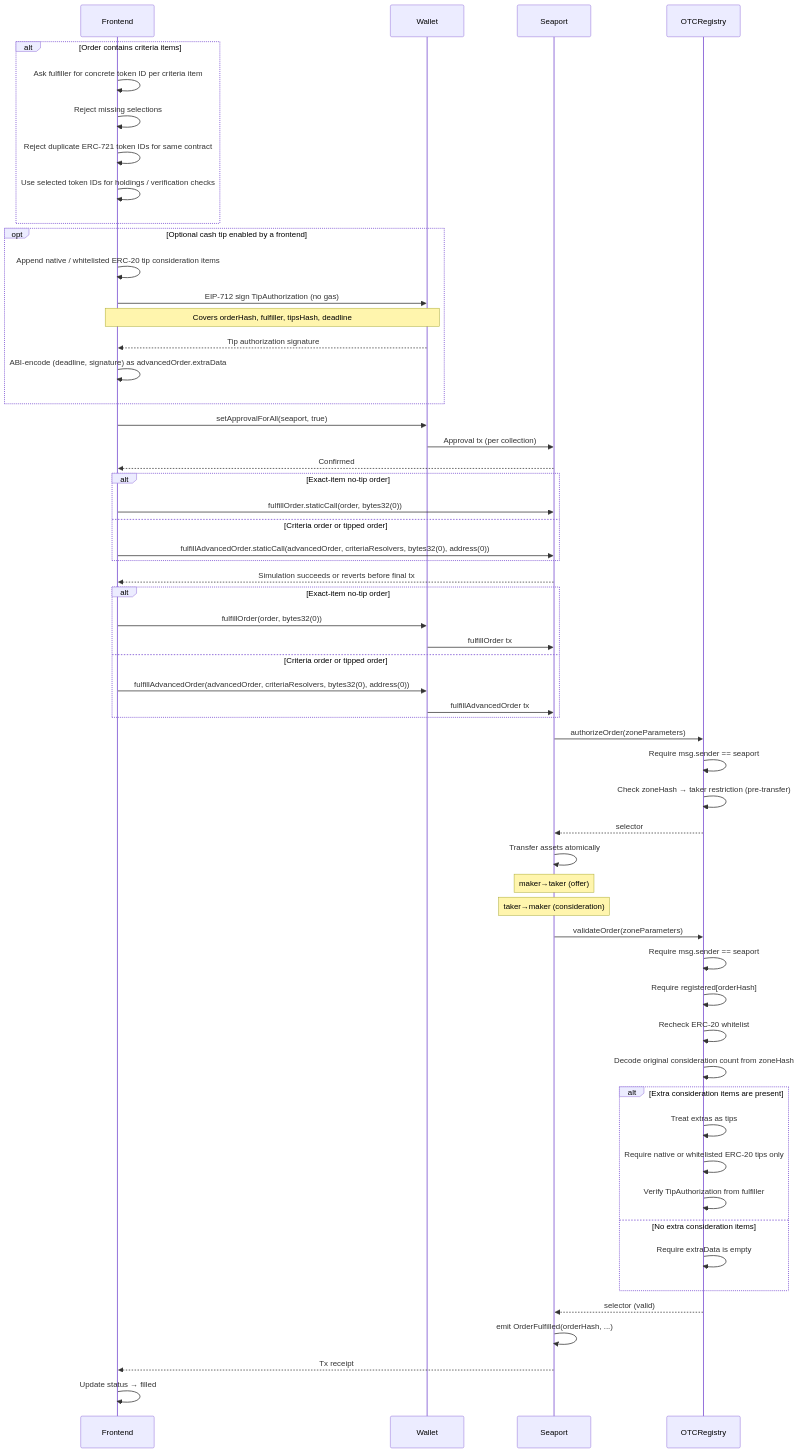
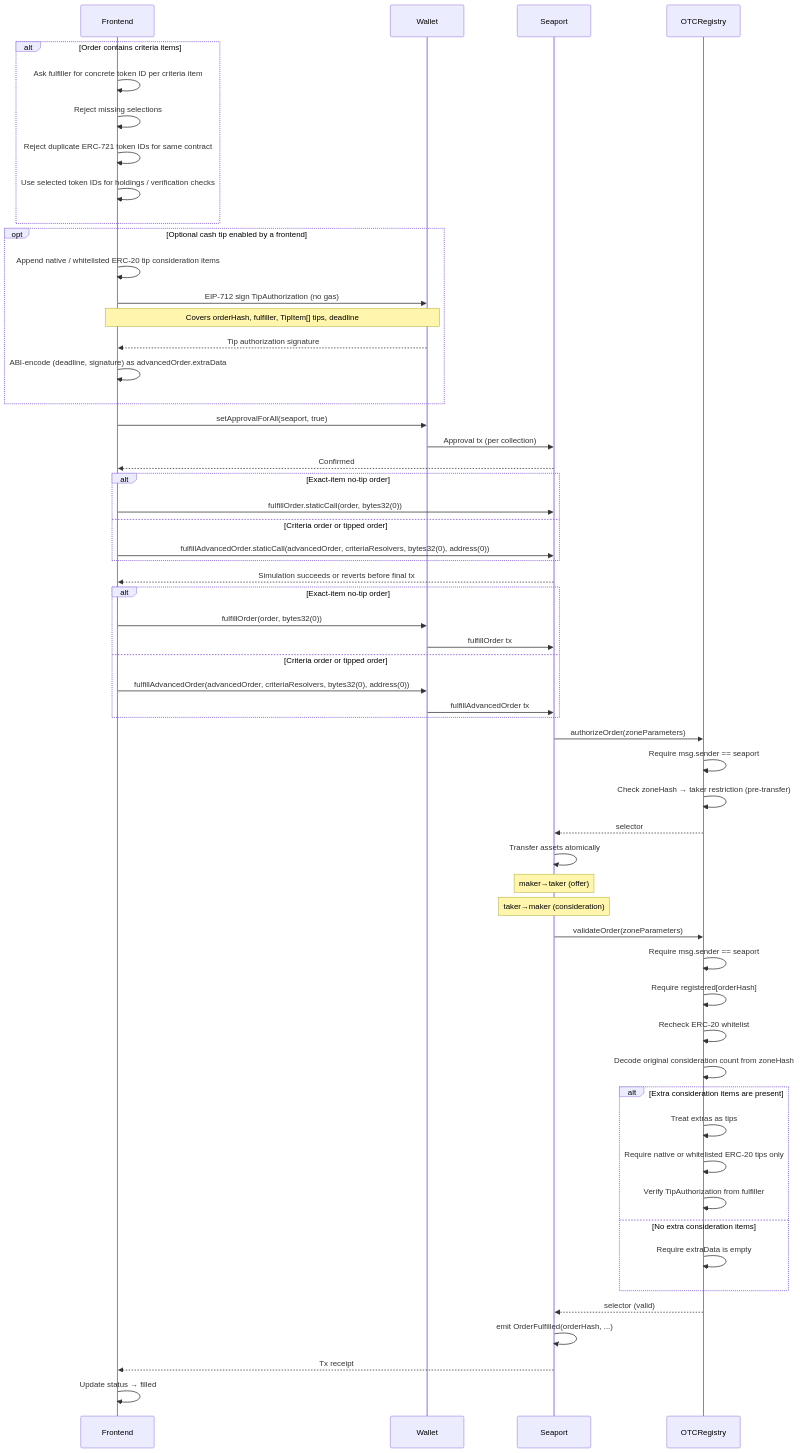
Before and after one commit to shukudaidayo/ocarina-trade: the third of 5 diagrams in docs/flows.md, drawn with Mermaid. The commit also changed 7 other files, not shown here.

````diff
--- a/docs/flows.md
+++ b/docs/flows.md
@@ -92,69 +92,69 @@
 ```mermaid
 sequenceDiagram
     participant F as Frontend
     participant W as Wallet
     participant S as Seaport
     participant Z as OTCRegistry
 
     alt Order contains criteria items
         F->>F: Ask fulfiller for concrete token ID per criteria item
         F->>F: Reject missing selections
         F->>F: Reject duplicate ERC-721 token IDs for same contract
         F->>F: Use selected token IDs for holdings / verification checks
     end
 
     opt Optional cash tip enabled by a frontend
         F->>F: Append native / whitelisted ERC-20 tip consideration items
         F->>W: EIP-712 sign TipAuthorization (no gas)
-        Note over F,W: Covers orderHash, fulfiller, tipsHash, deadline
+        Note over F,W: Covers orderHash, fulfiller, TipItem[] tips, deadline
         W-->>F: Tip authorization signature
         F->>F: ABI-encode (deadline, signature) as advancedOrder.extraData
     end
 
     F->>W: setApprovalForAll(seaport, true)
     W->>S: Approval tx (per collection)
     S-->>F: Confirmed
 
     alt Exact-item no-tip order
         F->>S: fulfillOrder.staticCall(order, bytes32(0))
     else Criteria order or tipped order
         F->>S: fulfillAdvancedOrder.staticCall(advancedOrder, criteriaResolvers, bytes32(0), address(0))
     end
     S-->>F: Simulation succeeds or reverts before final tx
 
     alt Exact-item no-tip order
         F->>W: fulfillOrder(order, bytes32(0))
         W->>S: fulfillOrder tx
     else Criteria order or tipped order
         F->>W: fulfillAdvancedOrder(advancedOrder, criteriaResolvers, bytes32(0), address(0))
         W->>S: fulfillAdvancedOrder tx
     end
 
     S->>Z: authorizeOrder(zoneParameters)
     Z->>Z: Require msg.sender == seaport
     Z->>Z: Check zoneHash → taker restriction (pre-transfer)
     Z-->>S: selector
 
     S->>S: Transfer assets atomically
     Note over S: maker→taker (offer)
     Note over S: taker→maker (consideration)
 
     S->>Z: validateOrder(zoneParameters)
     Z->>Z: Require msg.sender == seaport
     Z->>Z: Require registered[orderHash]
     Z->>Z: Recheck ERC-20 whitelist
     Z->>Z: Decode original consideration count from zoneHash
     alt Extra consideration items are present
         Z->>Z: Treat extras as tips
         Z->>Z: Require native or whitelisted ERC-20 tips only
         Z->>Z: Verify TipAuthorization from fulfiller
     else No extra consideration items
         Z->>Z: Require extraData is empty
     end
     Z-->>S: selector (valid)
 
     S->>S: emit OrderFulfilled(orderHash, ...)
     S-->>F: Tx receipt
 
     F->>F: Update status → filled
 ```
````
